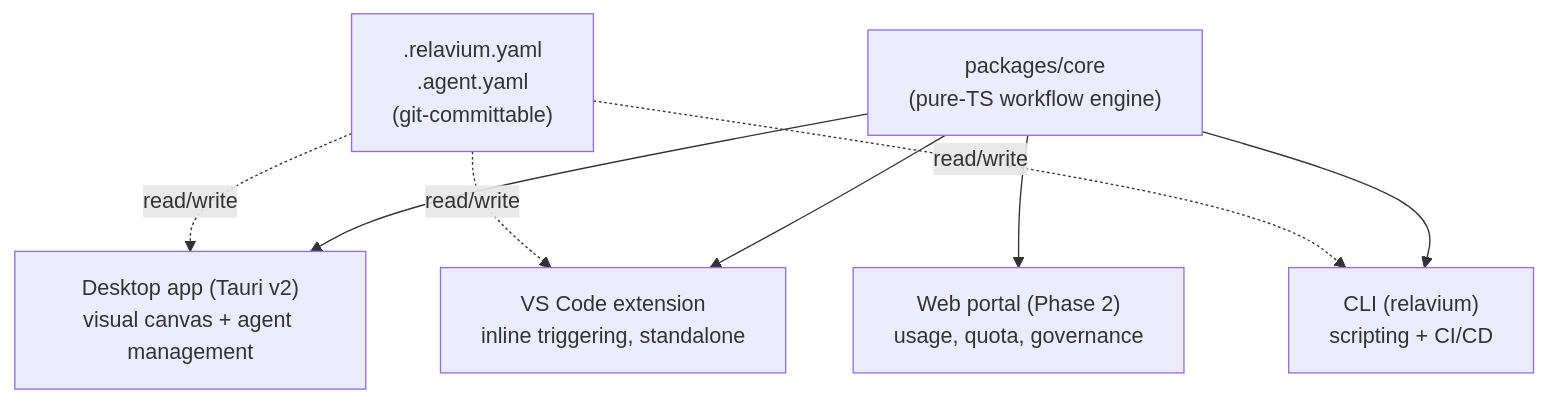
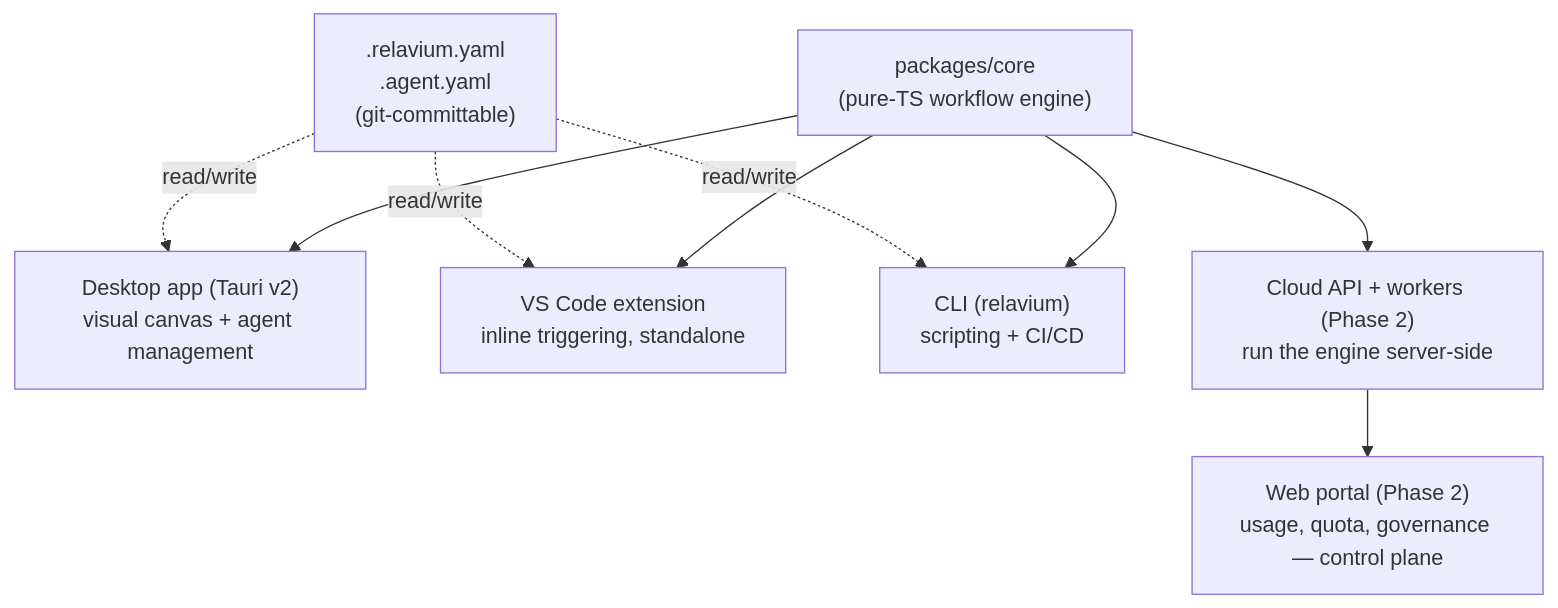
One commit to HodeTech/Relavium changed the diagram in docs/vision.md. Above: the diagram before and after it, drawn with Mermaid. The commit also changed 38 other files, not shown here.

````diff
--- a/docs/vision.md
+++ b/docs/vision.md
@@ -37,18 +37,20 @@
 ```mermaid
 flowchart TD
     Core["packages/core<br/>(pure-TS workflow engine)"]
     Desktop["Desktop app (Tauri v2)<br/>visual canvas + agent management"]
     VSCode["VS Code extension<br/>inline triggering, standalone"]
     CLI["CLI (relavium)<br/>scripting + CI/CD"]
-    Portal["Web portal (Phase 2)<br/>usage, quota, governance"]
+    API["Cloud API + workers (Phase 2)<br/>run the engine server-side"]
+    Portal["Web portal (Phase 2)<br/>usage, quota, governance — control plane"]
 
     Core --> Desktop
     Core --> VSCode
     Core --> CLI
-    Core --> Portal
+    Core --> API
+    API --> Portal
 
     Files[".relavium.yaml<br/>.agent.yaml<br/>(git-committable)"]
     Files -.read/write.-> Desktop
     Files -.read/write.-> VSCode
     Files -.read/write.-> CLI
 ```
````
